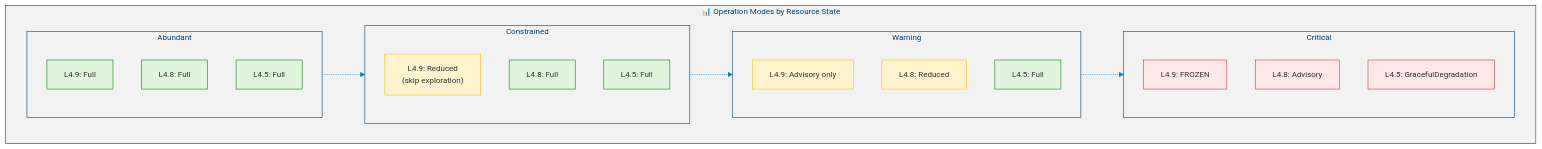
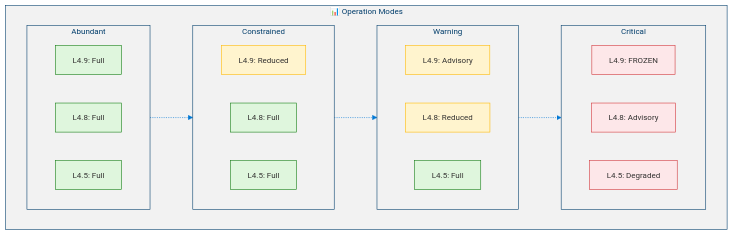
One commit to dotnetpower/mscp changed diagram 11 of 19 in docs/levels/Level_4_9_Autonomous_Strategic_Agent.md. Above: the diagram before and after it, drawn with Mermaid. The commit also changed other lines of this file and 10 other files, not shown here.

````diff
--- a/docs/levels/Level_4_9_Autonomous_Strategic_Agent.md
+++ b/docs/levels/Level_4_9_Autonomous_Strategic_Agent.md
@@ -530,36 +540,40 @@
 ```mermaid
 %%{init: {'theme': 'base', 'themeVariables': {'primaryColor': '#0078D4', 'primaryTextColor': '#003D6B', 'primaryBorderColor': '#003D6B', 'secondaryColor': '#50E6FF', 'secondaryTextColor': '#323130', 'secondaryBorderColor': '#00BCF2', 'tertiaryColor': '#F2F2F2', 'tertiaryTextColor': '#323130', 'lineColor': '#0078D4', 'textColor': '#323130', 'mainBkg': '#DEECF9', 'nodeBorder': '#0078D4', 'clusterBkg': '#F2F2F2', 'clusterBorder': '#003D6B', 'titleColor': '#003D6B', 'edgeLabelBackground': '#FFFFFF', 'fontSize': '14px'}}}%%
 flowchart TD
   classDef full fill:#DFF6DD,stroke:#107C10,color:#323130
   classDef constrained fill:#FFF4CE,stroke:#FFB900,color:#323130
   classDef warning fill:#FFF4CE,stroke:#FFB900,color:#323130
   classDef critical fill:#FDE7E9,stroke:#D13438,color:#323130
 
-  subgraph Modes["📊 Operation Modes by Resource State"]
+  subgraph Modes["📊 Operation Modes"]
     subgraph Abundant["Abundant"]
+      direction LR
       A49["L4.9: Full"]:::full
       A48["L4.8: Full"]:::full
       A45["L4.5: Full"]:::full
     end
 
     subgraph Constrained["Constrained"]
-      C49["L4.9: Reduced<br/>(skip exploration)"]:::constrained
+      direction LR
+      C49["L4.9: Reduced"]:::constrained
       C48["L4.8: Full"]:::full
       C45["L4.5: Full"]:::full
     end
 
     subgraph Warning["Warning"]
-      W49["L4.9: Advisory only"]:::warning
+      direction LR
+      W49["L4.9: Advisory"]:::warning
       W48["L4.8: Reduced"]:::warning
       W45["L4.5: Full"]:::full
     end
 
     subgraph Critical["Critical"]
+      direction LR
       CR49["L4.9: FROZEN"]:::critical
       CR48["L4.8: Advisory"]:::critical
-      CR45["L4.5: GracefulDegradation"]:::critical
+      CR45["L4.5: Degraded"]:::critical
     end
 
     Abundant -.-> Constrained -.-> Warning -.-> Critical
   end
 ```
````
